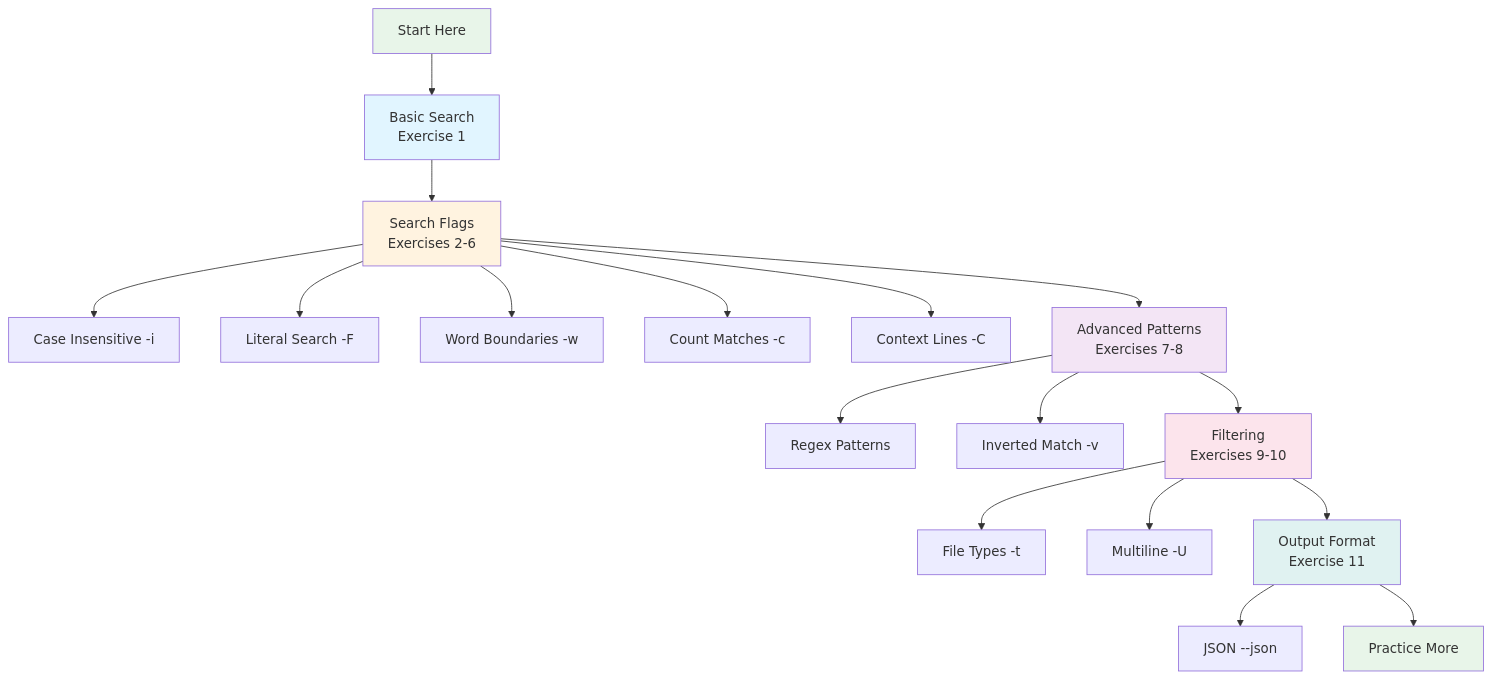
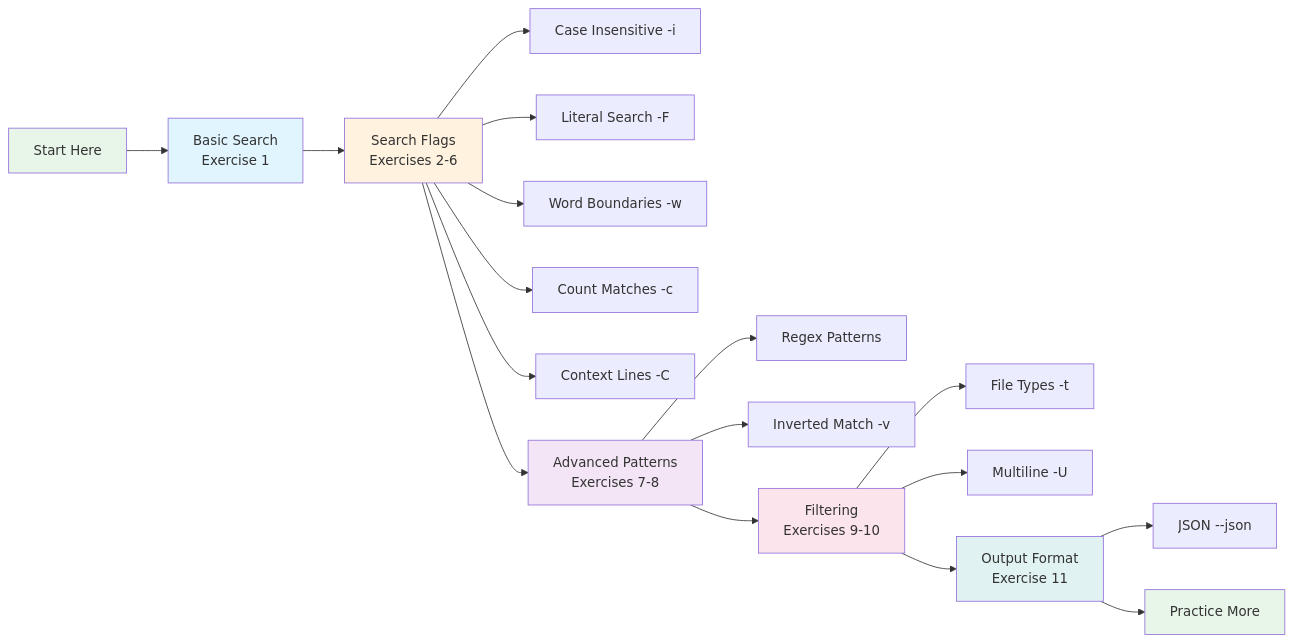
One commit to iepathos/ripgrep changed the first of 2 diagrams in docs/basics/practice.md. Above: the diagram before and after it, drawn with Mermaid. The commit also changed 16 other files, not shown here.

First line of the commit message:
fix: improve Mermaid diagram readability by converting to horizontal layout

````diff
--- a/docs/basics/practice.md
+++ b/docs/basics/practice.md
@@ -10,36 +10,36 @@
 ```mermaid
-graph TD
+graph LR
     Start[Start Here] --> Basic["Basic Search
 Exercise 1"]
     Basic --> Flags["Search Flags
 Exercises 2-6"]
     Flags --> Case[Case Insensitive -i]
     Flags --> Literal[Literal Search -F]
     Flags --> Word[Word Boundaries -w]
     Flags --> Count[Count Matches -c]
     Flags --> Context[Context Lines -C]
 
     Flags --> Advanced["Advanced Patterns
 Exercises 7-8"]
     Advanced --> Regex[Regex Patterns]
     Advanced --> Invert[Inverted Match -v]
 
     Advanced --> Filter["Filtering
 Exercises 9-10"]
     Filter --> Type[File Types -t]
     Filter --> Multi[Multiline -U]
 
     Filter --> Output["Output Format
 Exercise 11"]
     Output --> JSON[JSON --json]
 
     Output --> Practice[Practice More]
 
     style Start fill:#e8f5e9
     style Basic fill:#e1f5ff
     style Flags fill:#fff3e0
     style Advanced fill:#f3e5f5
     style Filter fill:#fce4ec
     style Output fill:#e0f2f1
     style Practice fill:#e8f5e9
 ```
````
